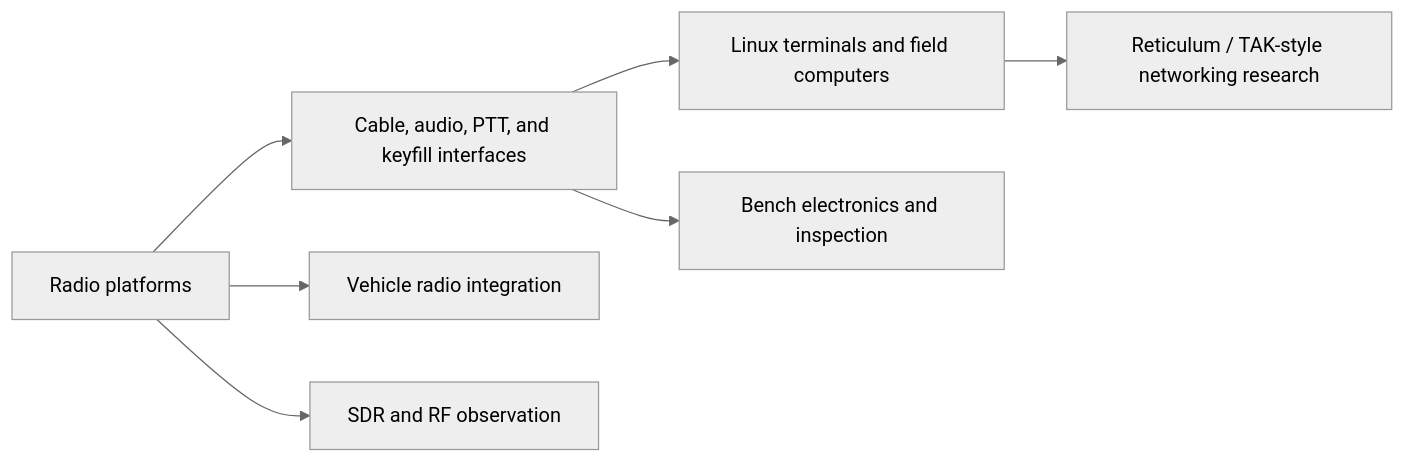
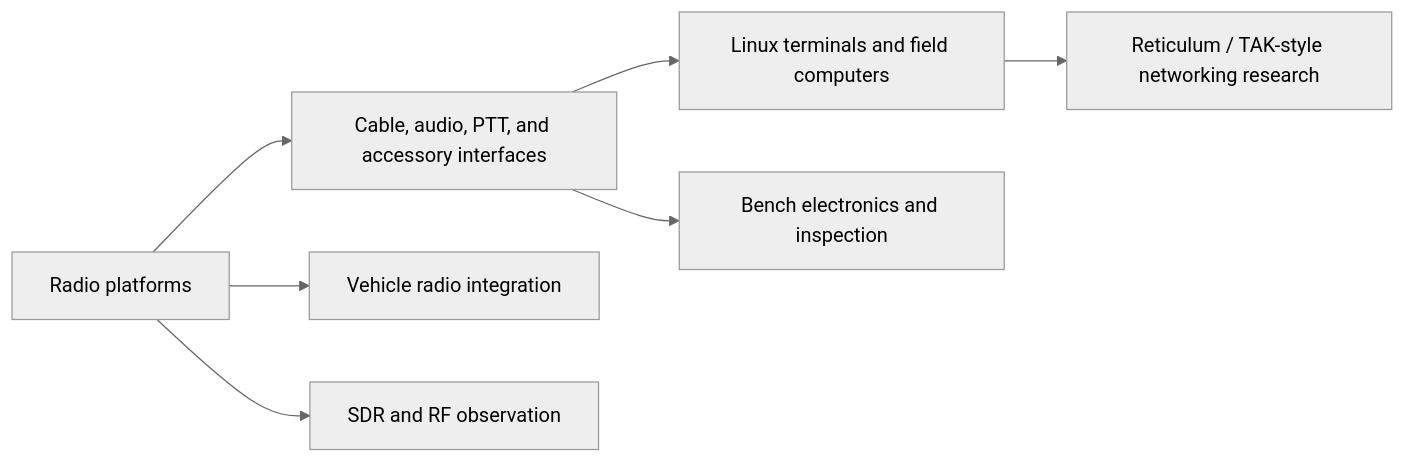
One commit to jjudge213/tactical-radio-systems-portfolio changed the diagram in README.md. Above: the diagram before and after it, drawn with Mermaid (neutral theme). The commit also changed other lines of this file and 1 other file, not shown here.

````diff
--- a/README.md
+++ b/README.md
@@ -17,9 +17,9 @@
 ```mermaid
 flowchart LR
-    radios["Radio platforms"] --> interfaces["Cable, audio, PTT, and keyfill interfaces"]
+    radios["Radio platforms"] --> interfaces["Cable, audio, PTT, and accessory interfaces"]
     interfaces --> terminals["Linux terminals and field computers"]
     radios --> vehicle["Vehicle radio integration"]
     radios --> rf["SDR and RF observation"]
     terminals --> apps["Reticulum / TAK-style networking research"]
     interfaces --> bench["Bench electronics and inspection"]
 ```
````
